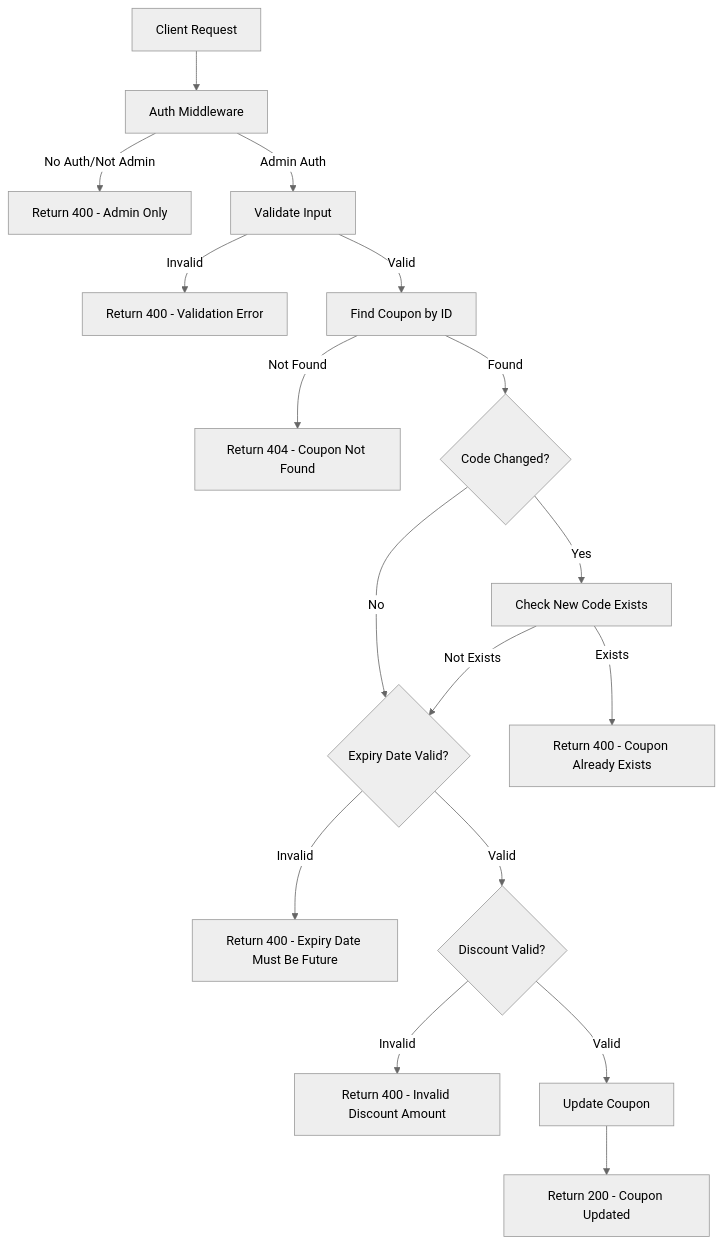
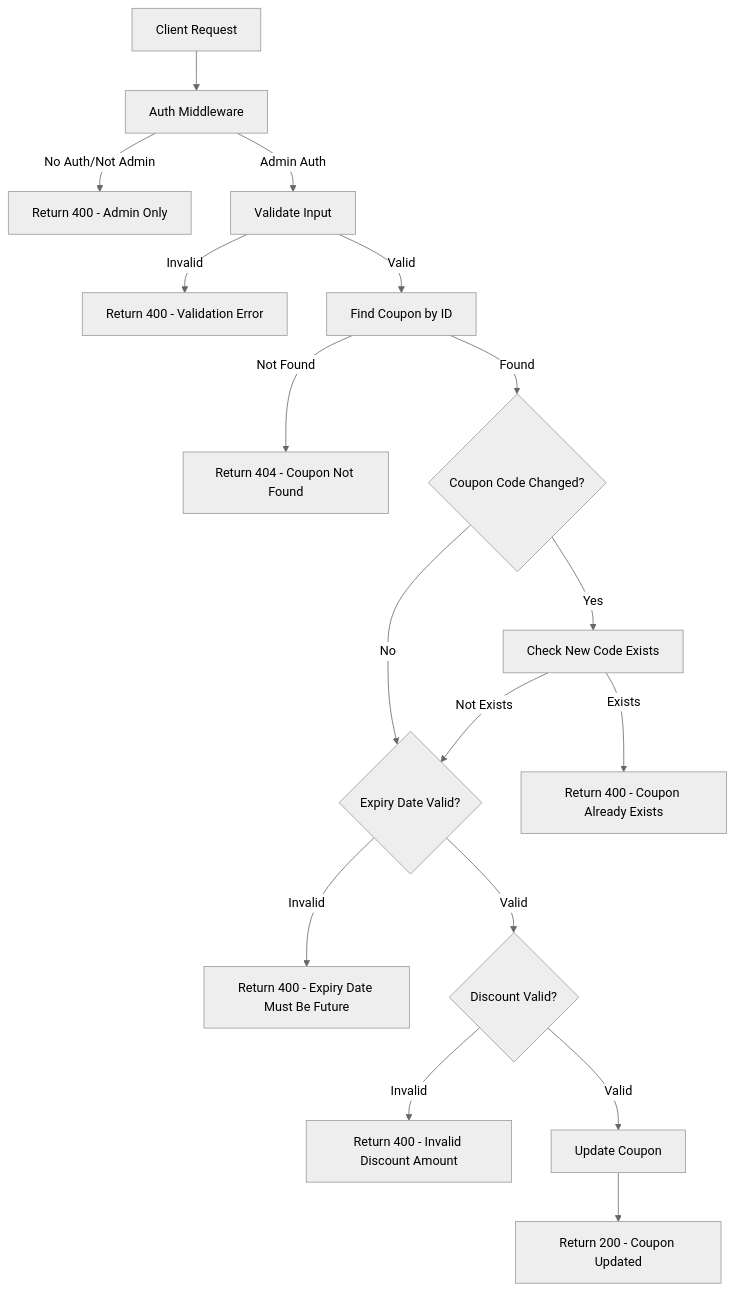
Before and after one commit to YB122/e-commerce-back-end: diagram 32 of 46 in README.md, drawn with Mermaid (neutral theme). The commit also changed other lines of this file, not shown here.

````diff
--- a/README.md
+++ b/README.md
@@ -1004,19 +971,19 @@
 ```mermaid
 flowchart TD
     A[Client Request] --> B[Auth Middleware]
     B -->|No Auth/Not Admin| C[Return 400 - Admin Only]
     B -->|Admin Auth| D[Validate Input]
     D -->|Invalid| E[Return 400 - Validation Error]
     D -->|Valid| F[Find Coupon by ID]
     F -->|Not Found| G[Return 404 - Coupon Not Found]
-    F -->|Found| H{Code Changed?}
+    F -->|Found| H{Coupon Code Changed?}
     H -->|Yes| I[Check New Code Exists]
     H -->|No| J{Expiry Date Valid?}
     I -->|Exists| K[Return 400 - Coupon Already Exists]
     I -->|Not Exists| J
     J -->|Invalid| L[Return 400 - Expiry Date Must Be Future]
     J -->|Valid| M{Discount Valid?}
     M -->|Invalid| N[Return 400 - Invalid Discount Amount]
     M -->|Valid| O[Update Coupon]
     O --> P[Return 200 - Coupon Updated]
 ```
````
